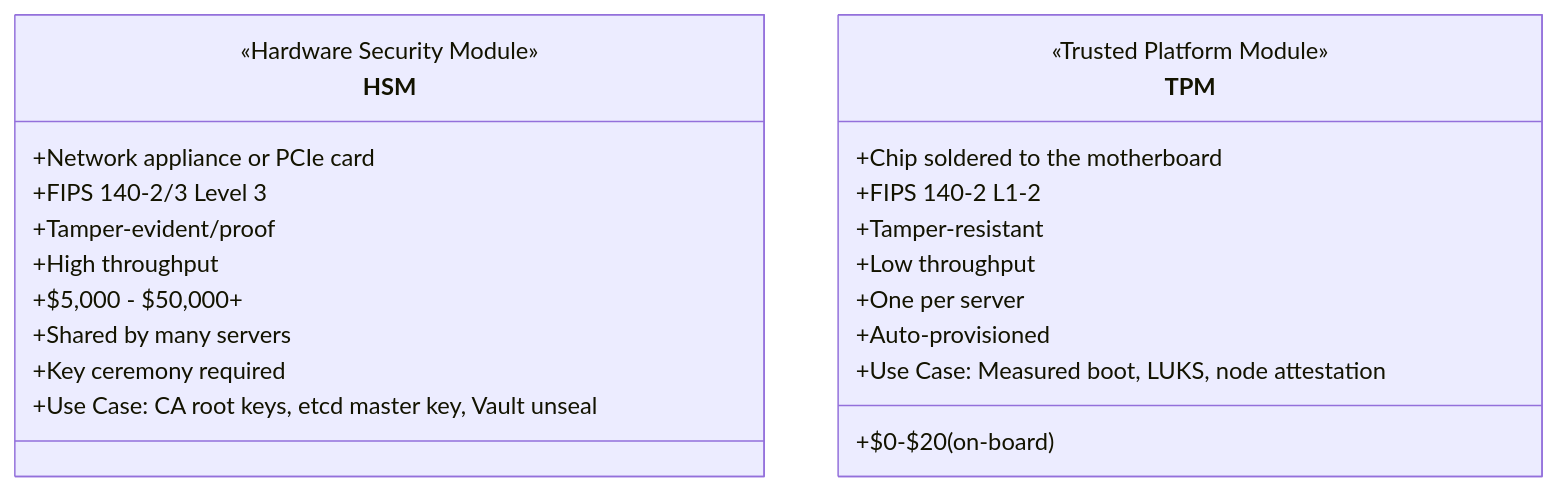
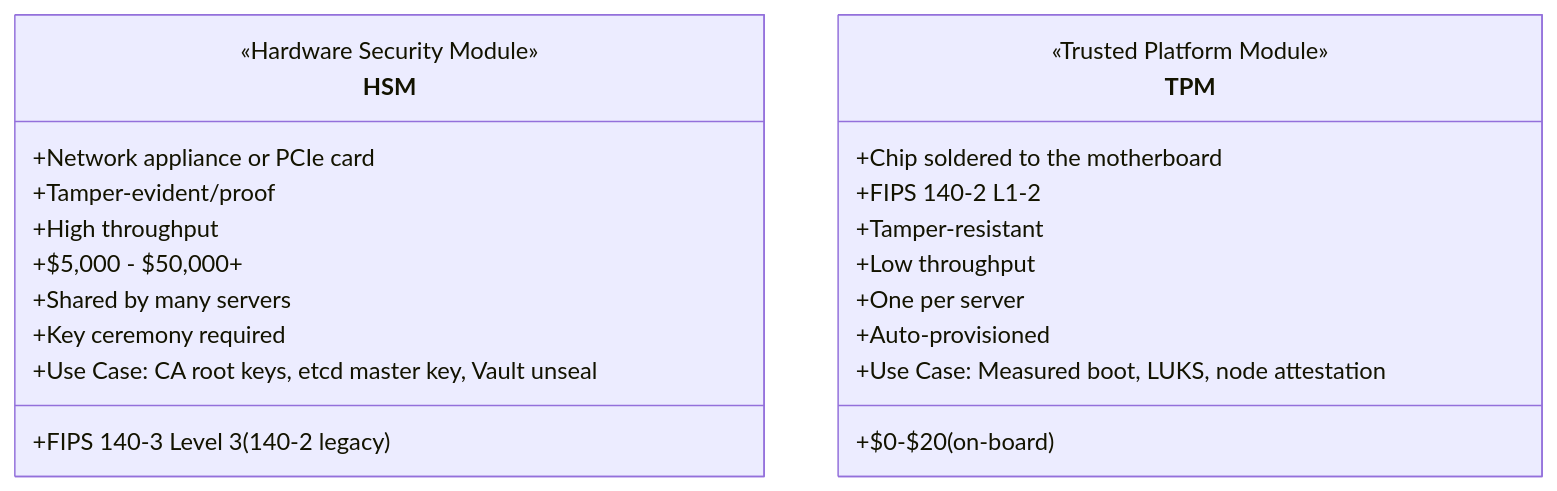
Before and after one commit to kube-dojo/kube-dojo: the first of 5 diagrams in src/content/docs/on-premises/security/module-6.2-hardware-security.md, drawn with Mermaid. The commit also changed other lines of this file, not shown here.

Commit message:
fix(content): 6.2 review fixes — PKCS#11 v3.2 status corrected (CSD01 Apr-2025 not Nov-2025), kms-vault-provider example-plugin note, PCR[0] caveat, FIPS 140-3, IEEE source canonical URL+annotation (deepseek R1)

````diff
--- a/src/content/docs/on-premises/security/module-6.2-hardware-security.md
+++ b/src/content/docs/on-premises/security/module-6.2-hardware-security.md
@@ -50,25 +50,25 @@
 ```mermaid
 classDiagram
     class HSM {
         <<Hardware Security Module>>
         +Network appliance or PCIe card
-        +FIPS 140-2/3 Level 3
+        +FIPS 140-3 Level 3 (140-2 legacy)
         +Tamper-evident/proof
         +High throughput
         +$5,000 - $50,000+
         +Shared by many servers
         +Key ceremony required
         +Use Case: CA root keys, etcd master key, Vault unseal
     }
     class TPM {
         <<Trusted Platform Module>>
         +Chip soldered to the motherboard
         +FIPS 140-2 L1-2
         +Tamper-resistant
         +Low throughput
         +$0-$20 (on-board)
         +One per server
         +Auto-provisioned
         +Use Case: Measured boot, LUKS, node attestation
     }
 ```
````
